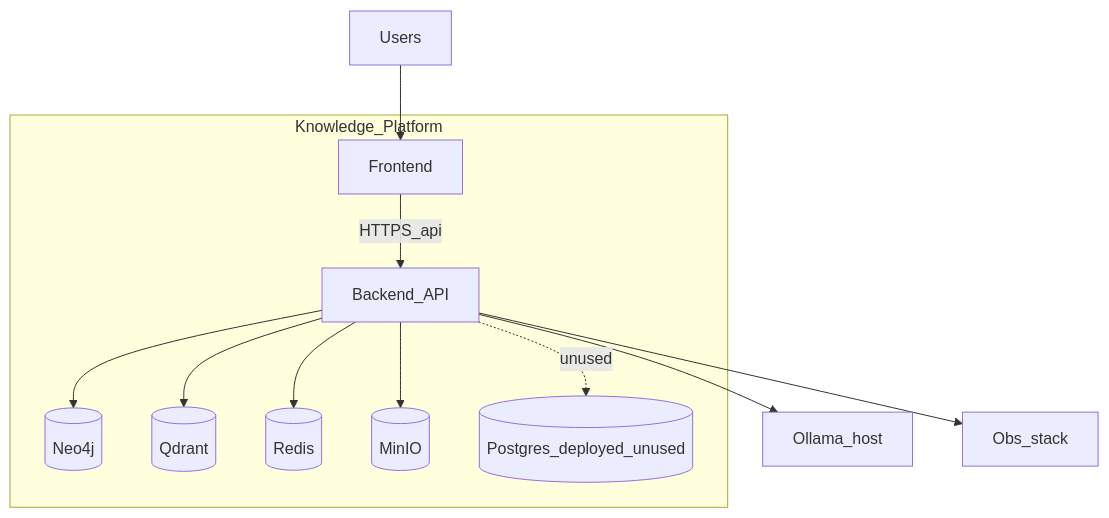
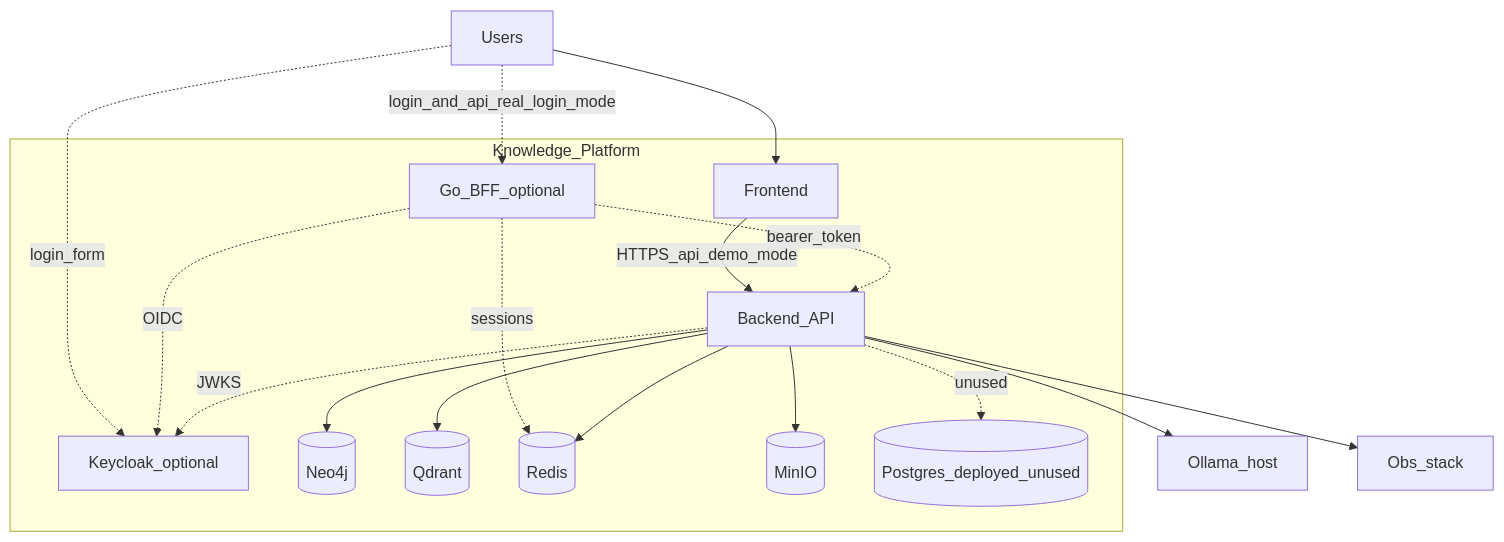
The diagram in architecture/diagrams/sources/manual/c4-container.mmd (YuesIt17/yuit-docs-ai-architect-platform), drawn with Mermaid before and after one commit. The commit also changed 24 other files, not shown here.

First line of the commit message:
docs: add ADR-010 for real login and rebuild the diagrams

```diff
--- a/architecture/diagrams/sources/manual/c4-container.mmd
+++ b/architecture/diagrams/sources/manual/c4-container.mmd
@@ -1,25 +1,33 @@
 %% status: curated-from-code
 %% view: current-containers
 %% profile: desktop
 flowchart TB
   user[Users]
   subgraph kp [Knowledge_Platform]
     frontend[Frontend]
+    bff[Go_BFF_optional]
+    keycloak[Keycloak_optional]
     backend[Backend_API]
     neo4j[(Neo4j)]
     qdrant[(Qdrant)]
     redis[(Redis)]
     minio[(MinIO)]
     postgres[(Postgres_deployed_unused)]
   end
   ollama[Ollama_host]
   obs[Obs_stack]
   user --> frontend
-  frontend -->|HTTPS_api| backend
+  frontend -->|HTTPS_api_demo_mode| backend
+  user -.->|login_and_api_real_login_mode| bff
+  user -.->|login_form| keycloak
+  bff -.->|bearer_token| backend
+  bff -.->|OIDC| keycloak
+  bff -.->|sessions| redis
+  backend -.->|JWKS| keycloak
   backend --> neo4j
   backend --> qdrant
   backend --> redis
   backend --> minio
   backend -.->|unused| postgres
   backend --> ollama
   backend --> obs
```
